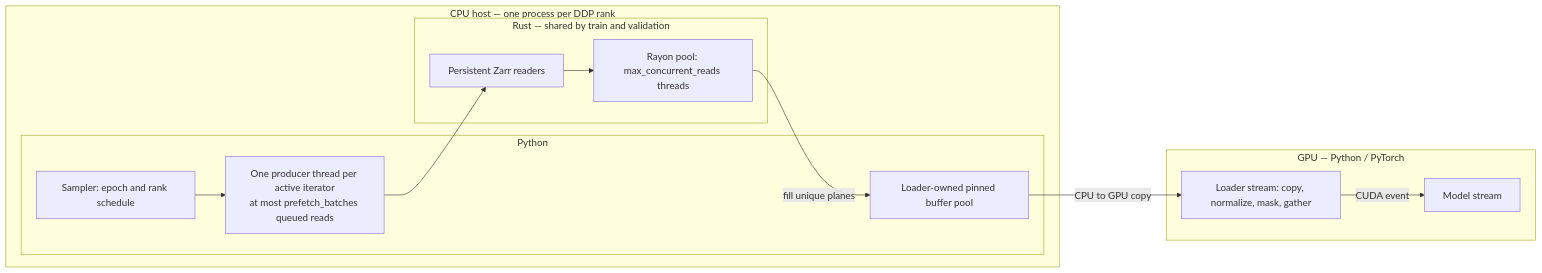
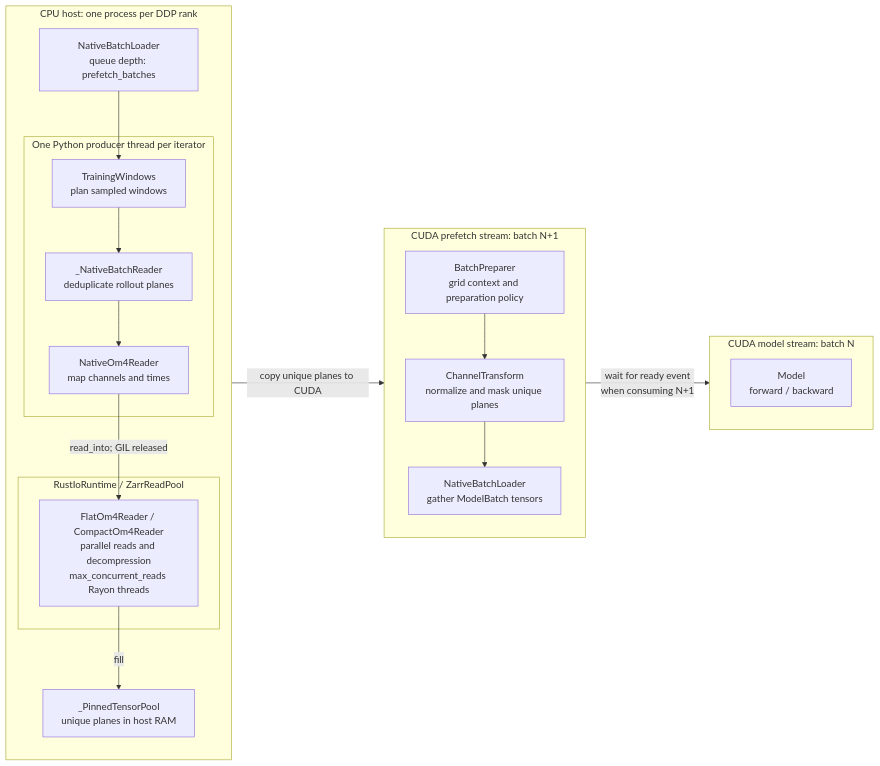
One commit to m2lines/Samudra changed the diagram in docs/rust-data-loader.md. Above: the diagram before and after it, drawn with Mermaid. The commit also changed other lines of this file, not shown here.

Commit message:
Focus Rust loader docs on current components and concurrency

````diff
--- a/docs/rust-data-loader.md
+++ b/docs/rust-data-loader.md
@@ -63,24 +49,34 @@
 ```mermaid
 flowchart LR
-    subgraph host["CPU host — one process per DDP rank"]
-        subgraph python["Python"]
-            S["Sampler: epoch and rank schedule"]
-            H["One producer thread per active iterator<br/>at most prefetch_batches queued reads"]
-            P["Loader-owned pinned buffer pool"]
-            S --> H
+    subgraph HOST["CPU host: one process per DDP rank"]
+        direction TB
+        L["NativeBatchLoader<br/>queue depth: prefetch_batches"]
+        subgraph PRODUCER["One Python producer thread per iterator"]
+            W["TrainingWindows<br/>plan sampled windows"]
+            D["_NativeBatchReader<br/>deduplicate rollout planes"]
+            R["NativeOm4Reader<br/>map channels and times"]
+            W --> D --> R
         end
-        subgraph rust["Rust — shared by train and validation"]
-            R["Persistent Zarr readers"]
-            W["Rayon pool: max_concurrent_reads threads"]
-            R --> W
+        L --> W
+        subgraph IO["RustIoRuntime / ZarrReadPool"]
+            READ["FlatOm4Reader / CompactOm4Reader<br/>parallel reads and decompression<br/>max_concurrent_reads Rayon threads"]
         end
-        H --> R
-        W -->|"fill unique planes"| P
+        R -->|"read_into; GIL released"| READ
+        READ -->|"fill"| P["_PinnedTensorPool<br/>unique planes in host RAM"]
     end
-    subgraph gpu["GPU — Python / PyTorch"]
-        C["Loader stream: copy, normalize, mask, gather"]
-        M["Model stream"]
-        C -->|"CUDA event"| M
+
+    subgraph PREFETCH["CUDA prefetch stream: batch N+1"]
+        direction TB
+        B["BatchPreparer<br/>grid context and preparation policy"]
+        C["ChannelTransform<br/>normalize and mask unique planes"]
+        G["NativeBatchLoader<br/>gather ModelBatch tensors"]
+        B --> C --> G
     end
-    P -->|"CPU to GPU copy"| C
+
+    subgraph COMPUTE["CUDA model stream: batch N"]
+        M["Model<br/>forward / backward"]
+    end
+
+    HOST -->|"copy unique planes to CUDA"| PREFETCH
+    PREFETCH -->|"wait for ready event<br/>when consuming N+1"| COMPUTE
 ```
````
